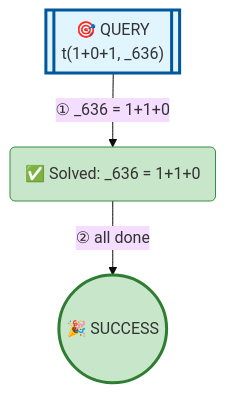
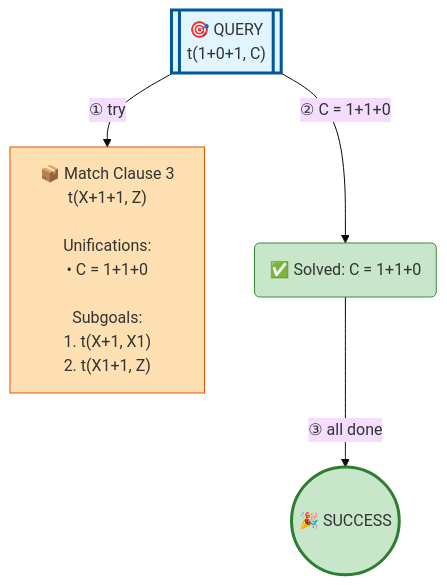
Before and after one commit to jarecsni/prolog-trace-viz: the diagram in examples/operator-full.md, drawn with Mermaid (base theme). The commit also changed other lines of this file and 26 other files, not shown here.

````diff
--- a/examples/operator-full.md
+++ b/examples/operator-full.md
@@ -17,17 +17,20 @@
 ```mermaid
 graph TD
 
 %% Nodes
-A[["🎯 QUERY<br/>t(1+0+1, _636)"]]
-B("✅ Solved: _636 = 1+1+0")
-C(("🎉 SUCCESS"))
+A[["🎯 QUERY<br/>t(1+0+1, C)"]]
+B["📦 Match Clause 3<br/>t(X+1+1, Z)<br/><br/>Unifications:<br/>• C = 1+1+0<br/><br/>Subgoals:<br/>1. t(X+1, X1)<br/>2. t(X1+1, Z)"]
+C("✅ Solved: C = 1+1+0")
+D(("🎉 SUCCESS"))
 
 %% Edges
-A -->|"① _636 = 1+1+0"| B
-B -->|"② all done"| C
+A -->|"① try"| B
+A -->|"② C = 1+1+0"| C
+C -->|"③ all done"| D
 
 %% Styles
 style A fill:#e1f5ff,stroke:#01579b,stroke-width:3px
-style B fill:#c8e6c9,stroke:#388e3c
-style C fill:#c8e6c9,stroke:#2e7d32,stroke-width:3px
+style B fill:#ffe0b2,stroke:#e65100
+style C fill:#c8e6c9,stroke:#388e3c
+style D fill:#c8e6c9,stroke:#2e7d32,stroke-width:3px
 ```
````
